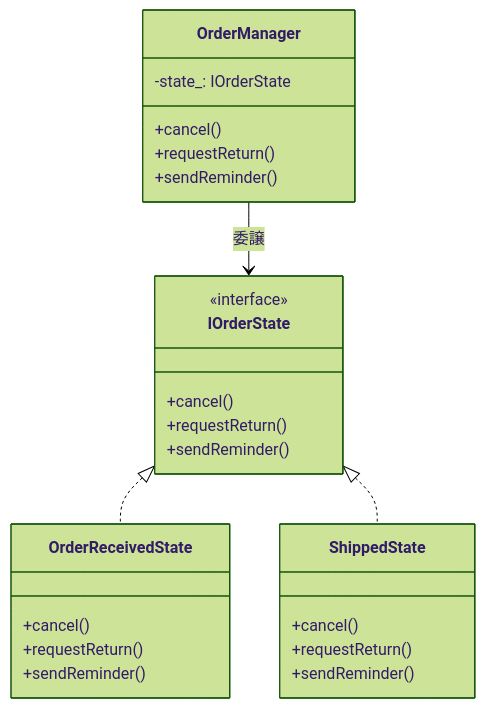
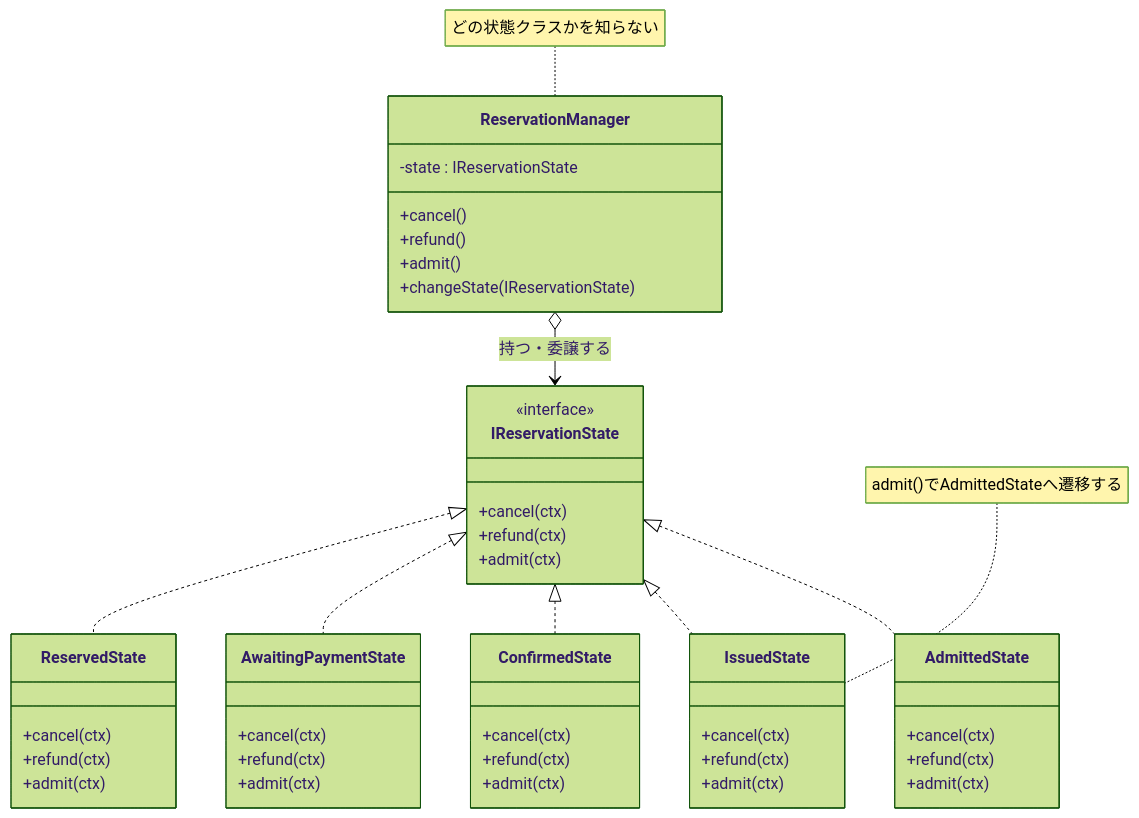
Before and after one commit to kumachan1101-pixel/DesignPattern: the fourth of 8 diagrams in kindle/design-patterns/output/chapter03.md, drawn with Mermaid (forest theme). The commit also changed other lines of this file and 1 other file, not shown here.

````diff
--- a/kindle/design-patterns/output/chapter03.md
+++ b/kindle/design-patterns/output/chapter03.md
@@ -367,29 +562,51 @@
 ```mermaid
 classDiagram
-    class OrderManager {
-        -state_: IOrderState
+    class ReservationManager {
+        -state : IReservationState
         +cancel()
-        +requestReturn()
-        +sendReminder()
+        +refund()
+        +admit()
+        +changeState(IReservationState)
     }
-    class IOrderState {
+    class IReservationState {
         <<interface>>
-        +cancel()
-        +requestReturn()
-        +sendReminder()
+        +cancel(ctx)
+        +refund(ctx)
+        +admit(ctx)
     }
-    class OrderReceivedState {
-        +cancel()
-        +requestReturn()
-        +sendReminder()
+    class ReservedState {
+        +cancel(ctx)
+        +refund(ctx)
+        +admit(ctx)
     }
-    class ShippedState {
-        +cancel()
-        +requestReturn()
-        +sendReminder()
+    class AwaitingPaymentState {
+        +cancel(ctx)
+        +refund(ctx)
+        +admit(ctx)
+    }
+    class ConfirmedState {
+        +cancel(ctx)
+        +refund(ctx)
+        +admit(ctx)
+    }
+    class IssuedState {
+        +cancel(ctx)
+        +refund(ctx)
+        +admit(ctx)
+    }
+    class AdmittedState {
+        +cancel(ctx)
+        +refund(ctx)
+        +admit(ctx)
     }
 
-    OrderManager --> IOrderState : 委譲
-    IOrderState <|.. OrderReceivedState
-    IOrderState <|.. ShippedState
+    ReservationManager o--> IReservationState : 持つ・委譲する
+    IReservationState <|.. ReservedState
+    IReservationState <|.. AwaitingPaymentState
+    IReservationState <|.. ConfirmedState
+    IReservationState <|.. IssuedState
+    IReservationState <|.. AdmittedState
+
+    note for ReservationManager "どの状態クラスかを知らない"
+    note for IssuedState "admit()でAdmittedStateへ遷移する"
 ```
````
